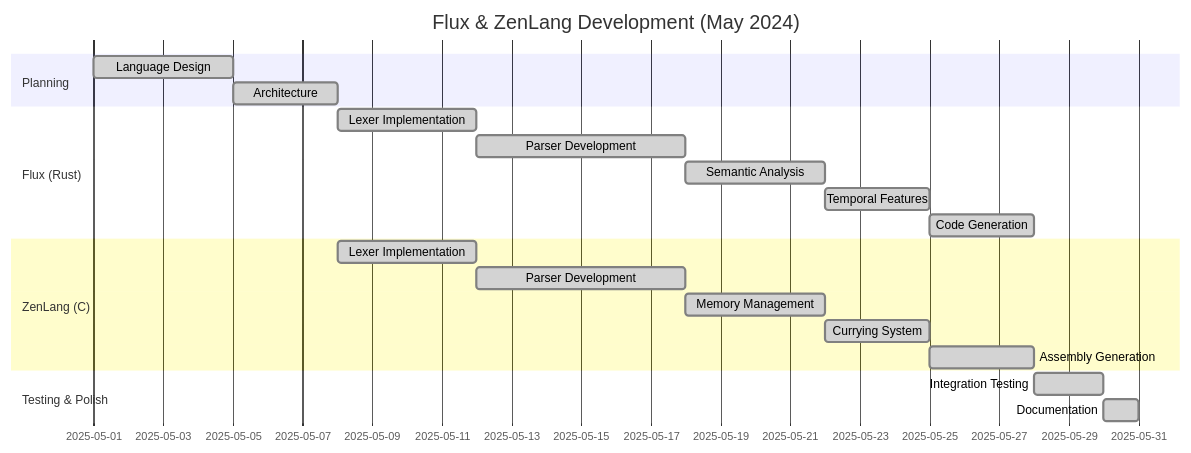
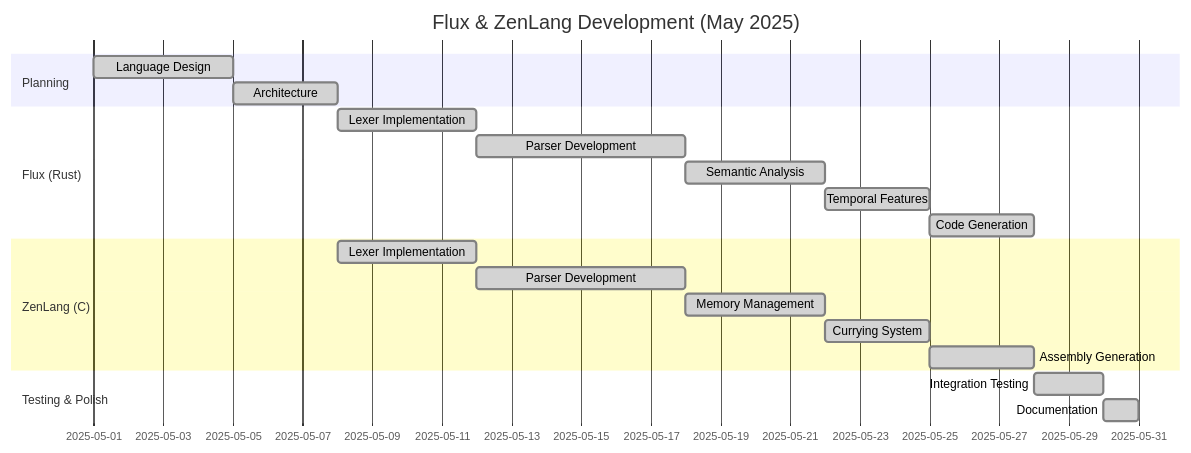
Before and after one commit to Trushi28/Hobby-Projects: the second of 3 diagrams in Compiler/README.md, drawn with Mermaid. The commit also changed other lines of this file and 5 other files, not shown here.

````diff
--- a/Compiler/README.md
+++ b/Compiler/README.md
@@ -63,27 +63,27 @@
 ```mermaid
 gantt
-    title Flux & ZenLang Development (May 2024)
+    title Flux & ZenLang Development (May 2025)
     dateFormat  YYYY-MM-DD
     section Planning
     Language Design     :done, design, 2025-05-01, 2025-05-05
     Architecture        :done, arch, 2025-05-05, 2025-05-08
     
     section Flux (Rust)
     Lexer Implementation    :done, flux-lex, 2025-05-08, 2025-05-12
     Parser Development      :done, flux-parse, 2025-05-12, 2025-05-18
     Semantic Analysis       :done, flux-sem, 2025-05-18, 2025-05-22
     Temporal Features       :done, flux-temp, 2025-05-22, 2025-05-25
     Code Generation         :done, flux-gen, 2025-05-25, 2025-05-28
     
     section ZenLang (C)
     Lexer Implementation    :done, zen-lex, 2025-05-08, 2025-05-12
     Parser Development      :done, zen-parse, 2025-05-12, 2025-05-18
     Memory Management       :done, zen-mem, 2025-05-18, 2025-05-22
     Currying System         :done, zen-curry, 2025-05-22, 2025-05-25
     Assembly Generation     :done, zen-gen, 2025-05-25, 2025-05-28
     
     section Testing & Polish
     Integration Testing     :done, test, 2025-05-28, 2025-05-30
     Documentation          :done, docs, 2025-05-30, 2025-05-31
 
 ```
````
